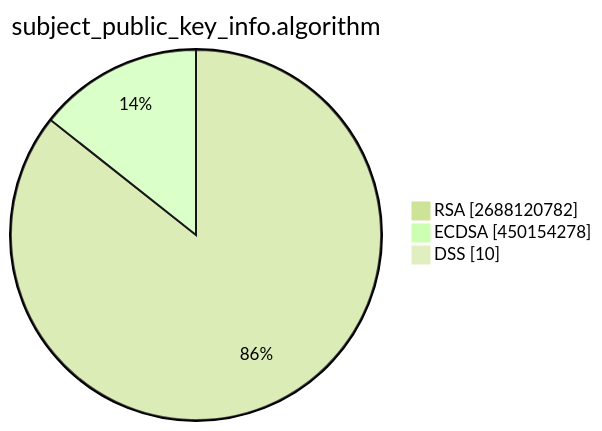
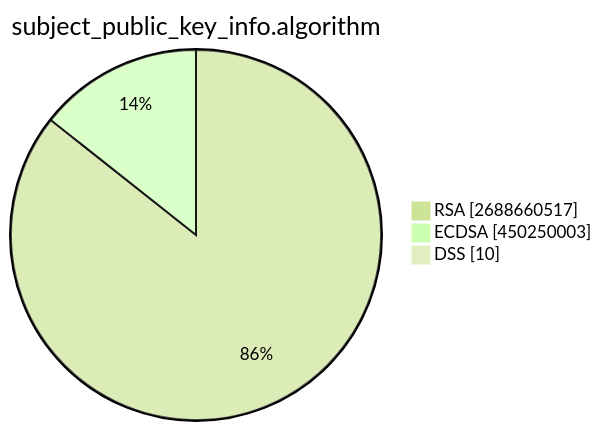
The second of 15 diagrams in TOTAL/README.md (christiankrug/ctmonitor_visualization), drawn with Mermaid (forest theme) before and after one commit. The commit also changed other lines of this file, not shown here.

````diff
--- a/TOTAL/README.md
+++ b/TOTAL/README.md
@@ -6,7 +6,7 @@
 ```mermaid
 pie showData
 title subject_public_key_info.algorithm
-"RSA" :2688120782
-"ECDSA" :450154278
+"RSA" :2688660517
+"ECDSA" :450250003
 "DSS" :10
 ```
````
